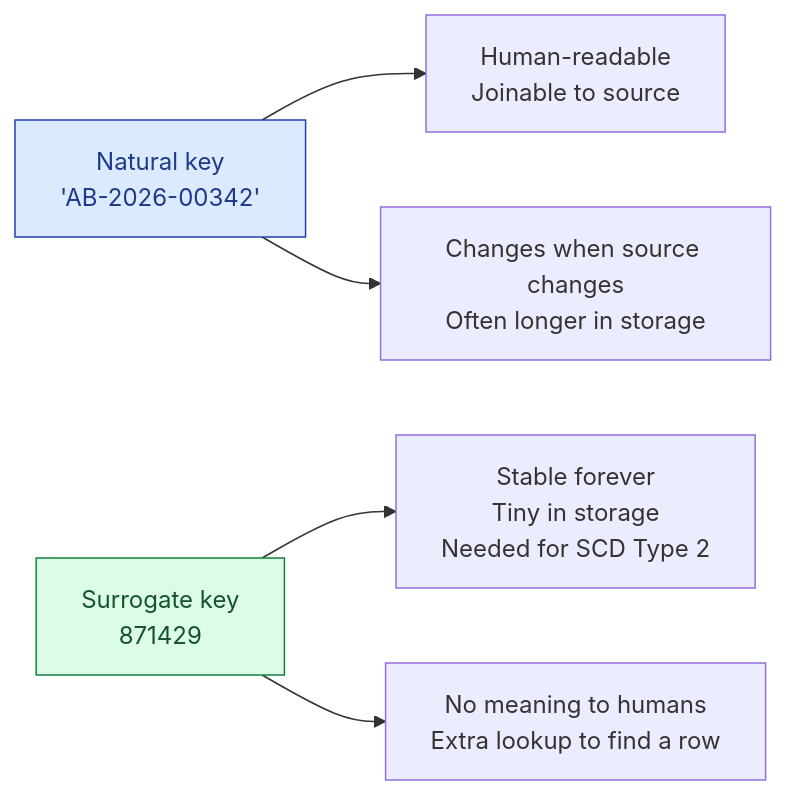
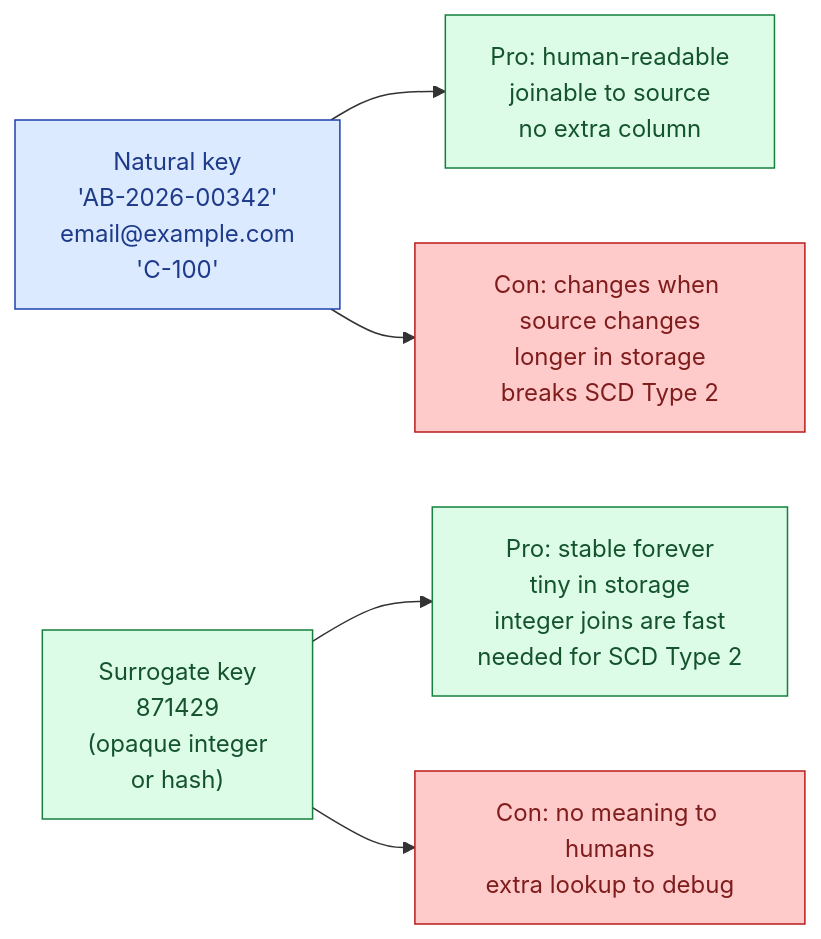
One commit to shiningflash/shiningflash.github.io changed the first of 2 diagrams in _de_concepts/012-surrogate-vs-natural-keys.md. Above: the diagram before and after it, drawn with Mermaid. The commit also changed other lines of this file and 69 other files, not shown here.

````diff
--- a/_de_concepts/012-surrogate-vs-natural-keys.md
+++ b/_de_concepts/012-surrogate-vs-natural-keys.md
@@ -12,10 +14,16 @@
 ```mermaid
 flowchart LR
-    NK["Natural key<br/>'AB-2026-00342'"]:::a --> Pro1["Human-readable<br/>Joinable to source"]
-    NK --> Con1["Changes when source changes<br/>Often longer in storage"]
-    SK["Surrogate key<br/>871429"]:::b --> Pro2["Stable forever<br/>Tiny in storage<br/>Needed for SCD Type 2"]
-    SK --> Con2["No meaning to humans<br/>Extra lookup to find a row"]
+    NK["Natural key<br/>'AB-2026-00342'<br/>email@example.com<br/>'C-100'"]:::a
+    SK["Surrogate key<br/>871429<br/>(opaque integer<br/>or hash)"]:::g
+
+    NK --> NP["Pro: human-readable<br/>joinable to source<br/>no extra column"]:::y
+    NK --> NC["Con: changes when source changes<br/>longer in storage<br/>breaks SCD Type 2"]:::r
+
+    SK --> SP["Pro: stable forever<br/>tiny in storage<br/>integer joins are fast<br/>needed for SCD Type 2"]:::y
+    SK --> SC["Con: no meaning to humans<br/>extra lookup to debug"]:::r
 
     classDef a fill:#dbeafe,stroke:#1e40af,color:#1e3a8a
-    classDef b fill:#dcfce7,stroke:#15803d,color:#14532d
+    classDef g fill:#dcfce7,stroke:#15803d,color:#14532d
+    classDef y fill:#dcfce7,stroke:#15803d,color:#14532d
+    classDef r fill:#fecaca,stroke:#b91c1c,color:#7f1d1d
 ```
````
